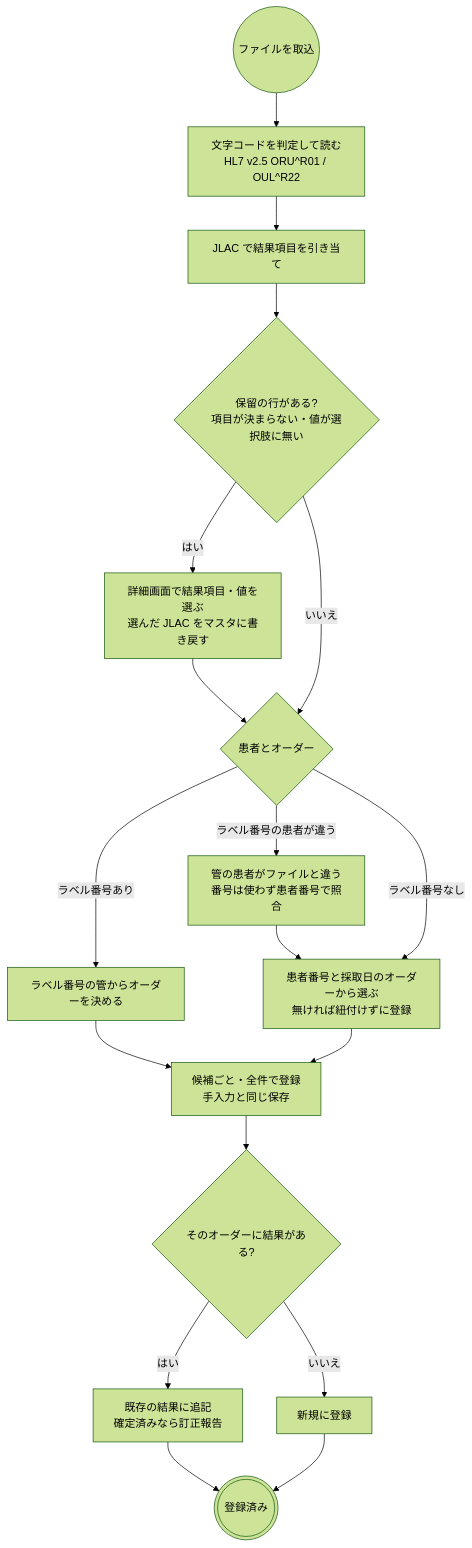
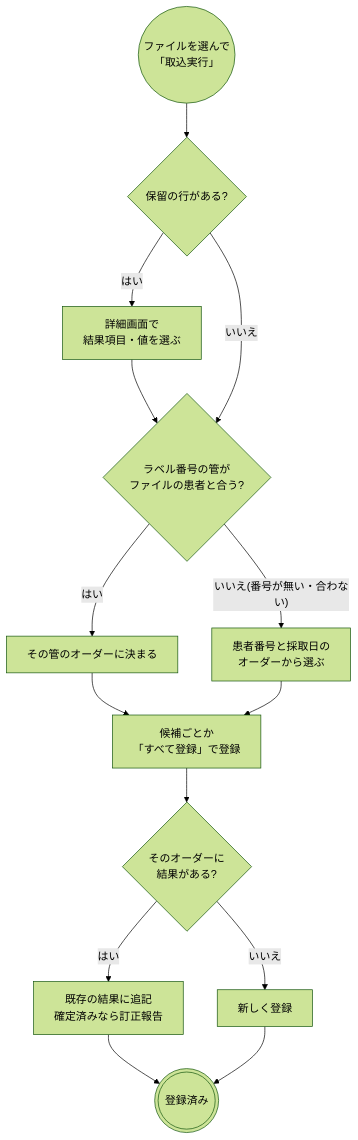
Before and after one commit to ysnr-dev/fhir-client-docs: the fifth of 6 diagrams in docs/flows/lab.md, drawn with Mermaid (forest theme). The commit also changed other lines of this file and 43 other files, not shown here.

Commit message:
docs: 業務フローとシーケンス図を写し直し

````diff
--- a/docs/flows/lab.md
+++ b/docs/flows/lab.md
@@ -193,27 +244,23 @@
 ```mermaid
 flowchart TD
-  upload(("ファイルを取込"))
-  decode["文字コードを判定して読む<br/>HL7 v2.5 ORU^R01 / OUL^R22"]
-  resolve["JLAC で結果項目を引き当て"]
-  pending{"保留の行がある?<br/>項目が決まらない・値が選択肢に無い"}
-  fixRows["詳細画面で結果項目・値を選ぶ<br/>選んだ JLAC をマスタに書き戻す"]
-  who{"患者とオーダー"}
-  byLabel["ラベル番号の管からオーダーを決める"]
-  byPatient["患者番号と採取日のオーダーから選ぶ<br/>無ければ紐付けずに登録"]
-  mismatch["管の患者がファイルと違う<br/>番号は使わず患者番号で照合"]
-  register["候補ごと・全件で登録<br/>手入力と同じ保存"]
-  exists{"そのオーダーに結果がある?"}
+  upload(("ファイルを選んで<br/>「取込実行」"))
+  pending{"保留の行がある?"}
+  fixRows["詳細画面で<br/>結果項目・値を選ぶ"]
+  who{"ラベル番号の管が<br/>ファイルの患者と合う?"}
+  byLabel["その管のオーダーに決まる"]
+  byPatient["患者番号と採取日の<br/>オーダーから選ぶ"]
+  register["候補ごとか<br/>「すべて登録」で登録"]
+  exists{"そのオーダーに<br/>結果がある?"}
   append["既存の結果に追記<br/>確定済みなら訂正報告"]
-  create["新規に登録"]
+  create["新しく登録"]
   done((("登録済み")))
 
-  upload --> decode --> resolve --> pending
+  upload --> pending
   pending -- "はい" --> fixRows --> who
   pending -- "いいえ" --> who
-  who -- "ラベル番号あり" --> byLabel --> register
-  who -- "ラベル番号の患者が違う" --> mismatch --> byPatient
-  who -- "ラベル番号なし" --> byPatient --> register
+  who -- "はい" --> byLabel --> register
+  who -- "いいえ(番号が無い・合わない)" --> byPatient --> register
   register --> exists
   exists -- "はい" --> append --> done
   exists -- "いいえ" --> create --> done
 ```
````
